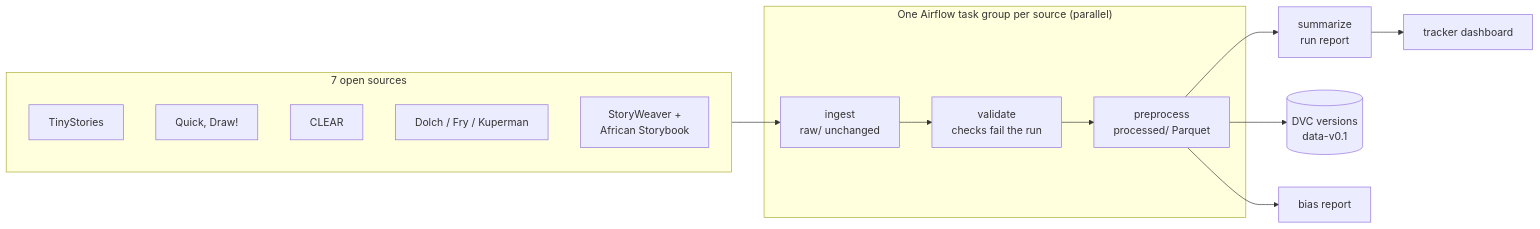
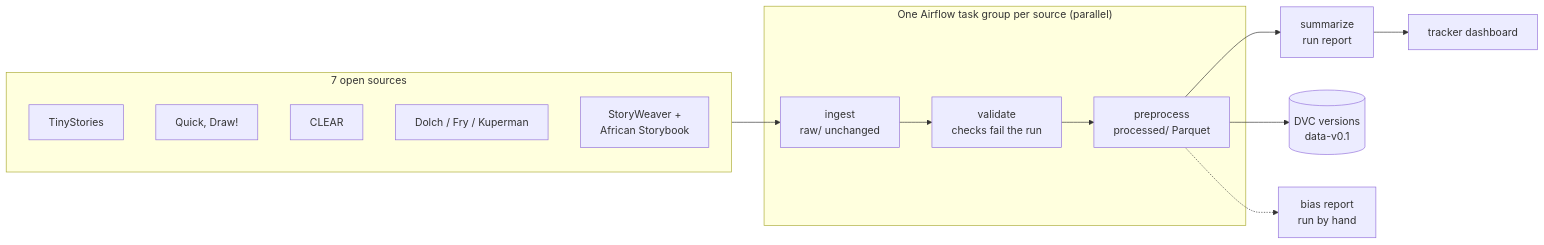
The diagram in README.md (keithfernandes12/young-illustrators-primer), drawn with Mermaid before and after one commit. The commit also changed other lines of this file and 7 other files, not shown here.

First line of the commit message:
fix(data): address review findings on the bias report (KAN-76)

````diff
--- a/README.md
+++ b/README.md
@@ -29,18 +29,18 @@
 ```mermaid
 flowchart LR
     subgraph Sources["7 open sources"]
         TS[TinyStories]
         QD[Quick, Draw!]
         CL[CLEAR]
         WL[Dolch / Fry / Kuperman]
         PB[StoryWeaver +<br/>African Storybook]
     end
     subgraph Pipeline["One Airflow task group per source (parallel)"]
         I[ingest<br/>raw/ unchanged] --> V[validate<br/>checks fail the run] --> P[preprocess<br/>processed/ Parquet]
     end
     Sources --> I
     P --> S[summarize<br/>run report]
     P --> D[(DVC versions<br/>data-v0.1)]
-    P --> B[bias report]
+    P -.-> B[bias report<br/>run by hand]
     S --> T[tracker dashboard]
 ```
````
